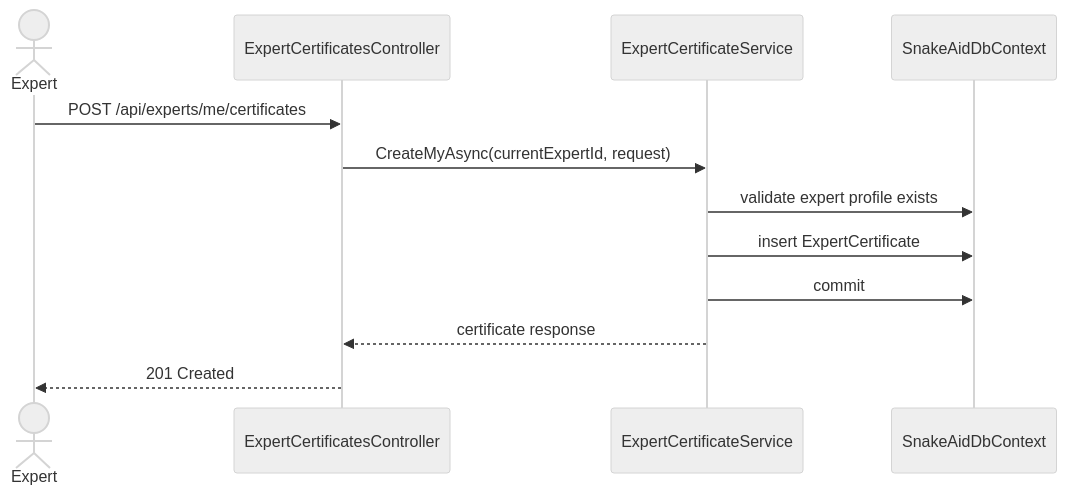
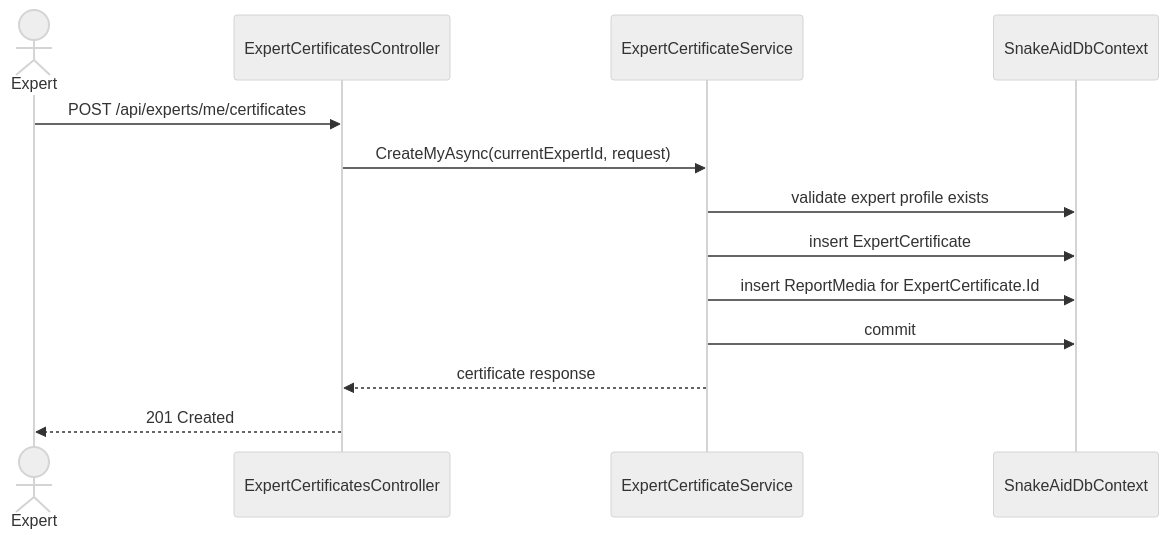
The third of 7 diagrams in Docs/05-Backend/02-layers/expert-certs/expert-certs.sourcecode.md (Snake-AID/SnakeAid.Docs), drawn with Mermaid (neutral theme) before and after one commit. The commit also changed other lines of this file and 4 other files, not shown here.

First line of the commit message:
refactor(expert-certs): refine certificate verification logic and media handling

````diff
--- a/Docs/05-Backend/02-layers/expert-certs/expert-certs.sourcecode.md
+++ b/Docs/05-Backend/02-layers/expert-certs/expert-certs.sourcecode.md
@@ -138,15 +147,16 @@
 ```mermaid
 sequenceDiagram
     actor Expert
     participant Api as ExpertCertificatesController
     participant Service as ExpertCertificateService
     participant DB as SnakeAidDbContext
 
     Expert->>Api: POST /api/experts/me/certificates
     Api->>Service: CreateMyAsync(currentExpertId, request)
     Service->>DB: validate expert profile exists
     Service->>DB: insert ExpertCertificate
+    Service->>DB: insert ReportMedia for ExpertCertificate.Id
     Service->>DB: commit
     Service-->>Api: certificate response
     Api-->>Expert: 201 Created
 ```
````
